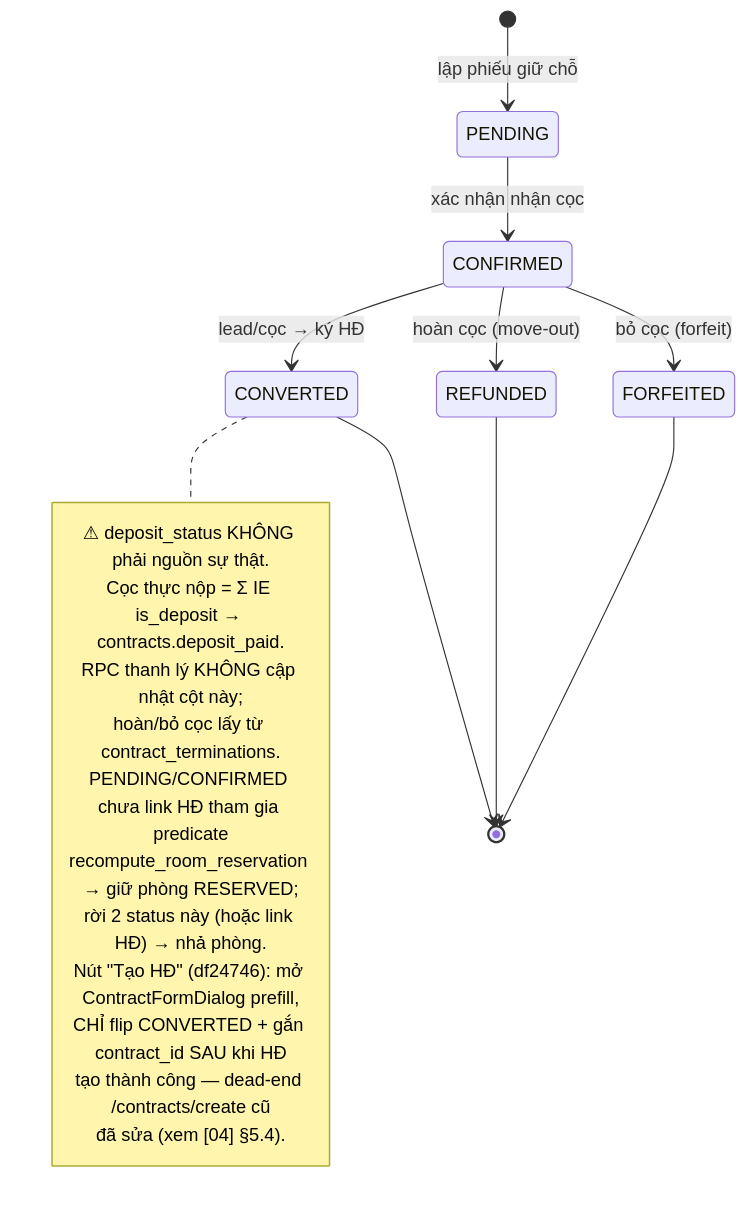
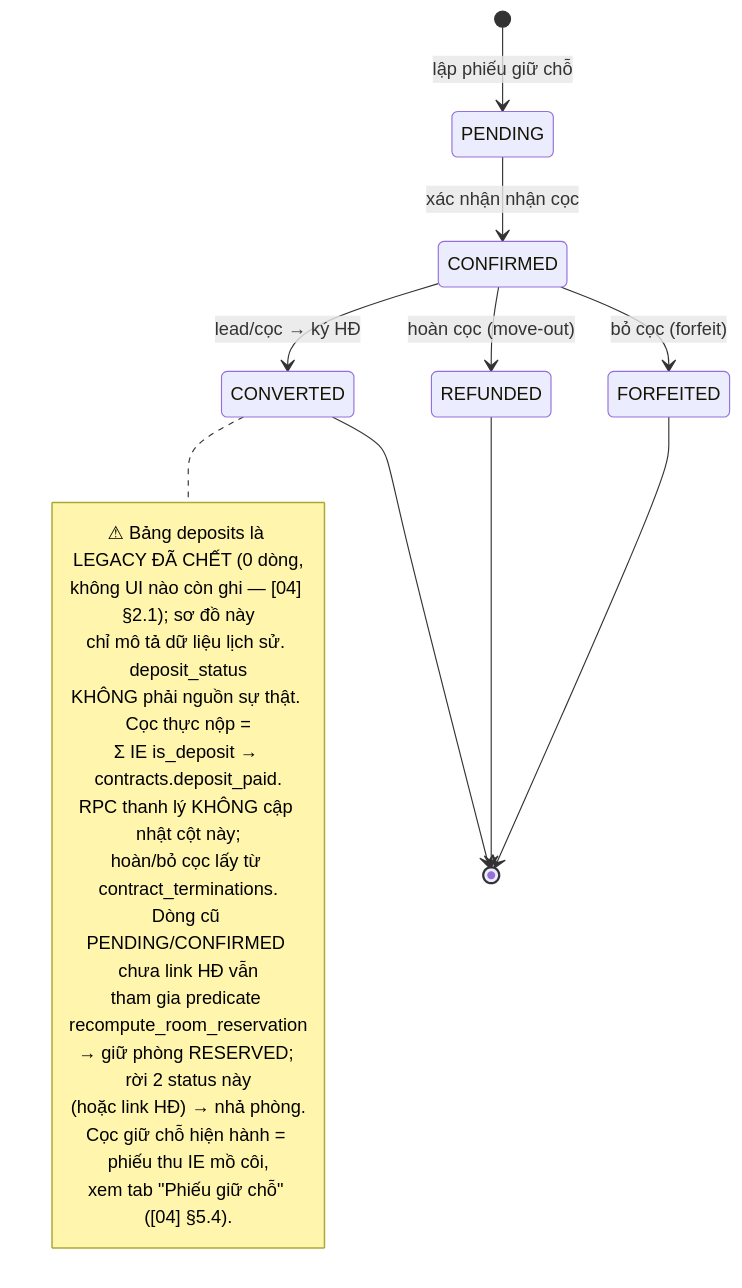
Before and after one commit to zxGreenxz/whiteboard-ihomecrm: the sixth of 7 diagrams in docs/he-thong/99-quy-trinh-tong.md, drawn with Mermaid. The commit also changed other lines of this file and 20 other files, not shown here.

````diff
--- a/docs/he-thong/99-quy-trinh-tong.md
+++ b/docs/he-thong/99-quy-trinh-tong.md
@@ -347,24 +363,26 @@
 ```mermaid
 stateDiagram-v2
     [*] --> PENDING: lập phiếu giữ chỗ
     PENDING --> CONFIRMED: xác nhận nhận cọc
     CONFIRMED --> CONVERTED: lead/cọc → ký HĐ
     CONFIRMED --> REFUNDED: hoàn cọc (move-out)
     CONFIRMED --> FORFEITED: bỏ cọc (forfeit)
     note right of CONVERTED
-        ⚠ deposit_status KHÔNG phải nguồn sự thật.
-        Cọc thực nộp = Σ IE is_deposit → contracts.deposit_paid.
+        ⚠ Bảng deposits là LEGACY ĐÃ CHẾT (0 dòng,
+        không UI nào còn ghi — [04] §2.1); sơ đồ này
+        chỉ mô tả dữ liệu lịch sử. deposit_status
+        KHÔNG phải nguồn sự thật. Cọc thực nộp =
+        Σ IE is_deposit → contracts.deposit_paid.
         RPC thanh lý KHÔNG cập nhật cột này;
         hoàn/bỏ cọc lấy từ contract_terminations.
-        PENDING/CONFIRMED chưa link HĐ tham gia predicate
-        recompute_room_reservation → giữ phòng RESERVED;
-        rời 2 status này (hoặc link HĐ) → nhả phòng.
-        Nút "Tạo HĐ" (df24746): mở ContractFormDialog prefill,
-        CHỈ flip CONVERTED + gắn contract_id SAU khi HĐ
-        tạo thành công — dead-end /contracts/create cũ
-        đã sửa (xem [04] §5.4).
+        Dòng cũ PENDING/CONFIRMED chưa link HĐ vẫn
+        tham gia predicate recompute_room_reservation
+        → giữ phòng RESERVED; rời 2 status này
+        (hoặc link HĐ) → nhả phòng.
+        Cọc giữ chỗ hiện hành = phiếu thu IE mồ côi,
+        xem tab "Phiếu giữ chỗ" ([04] §5.4).
     end note
     CONVERTED --> [*]
     REFUNDED --> [*]
     FORFEITED --> [*]
 ```
````
